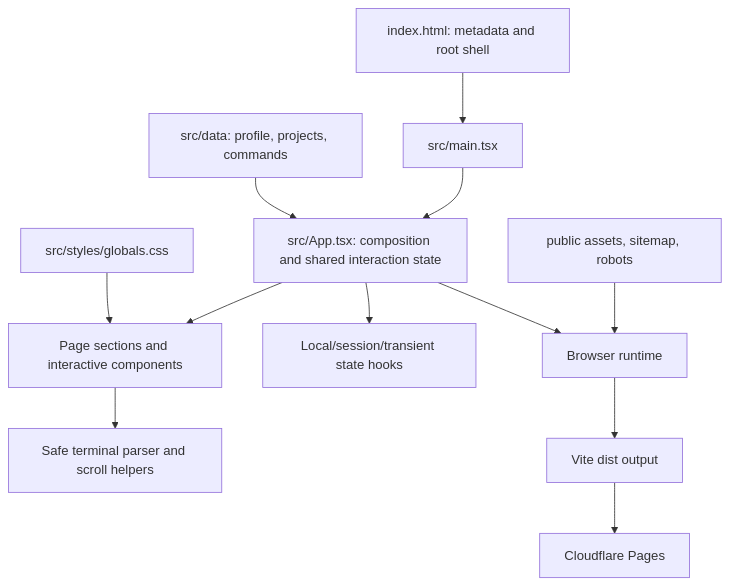
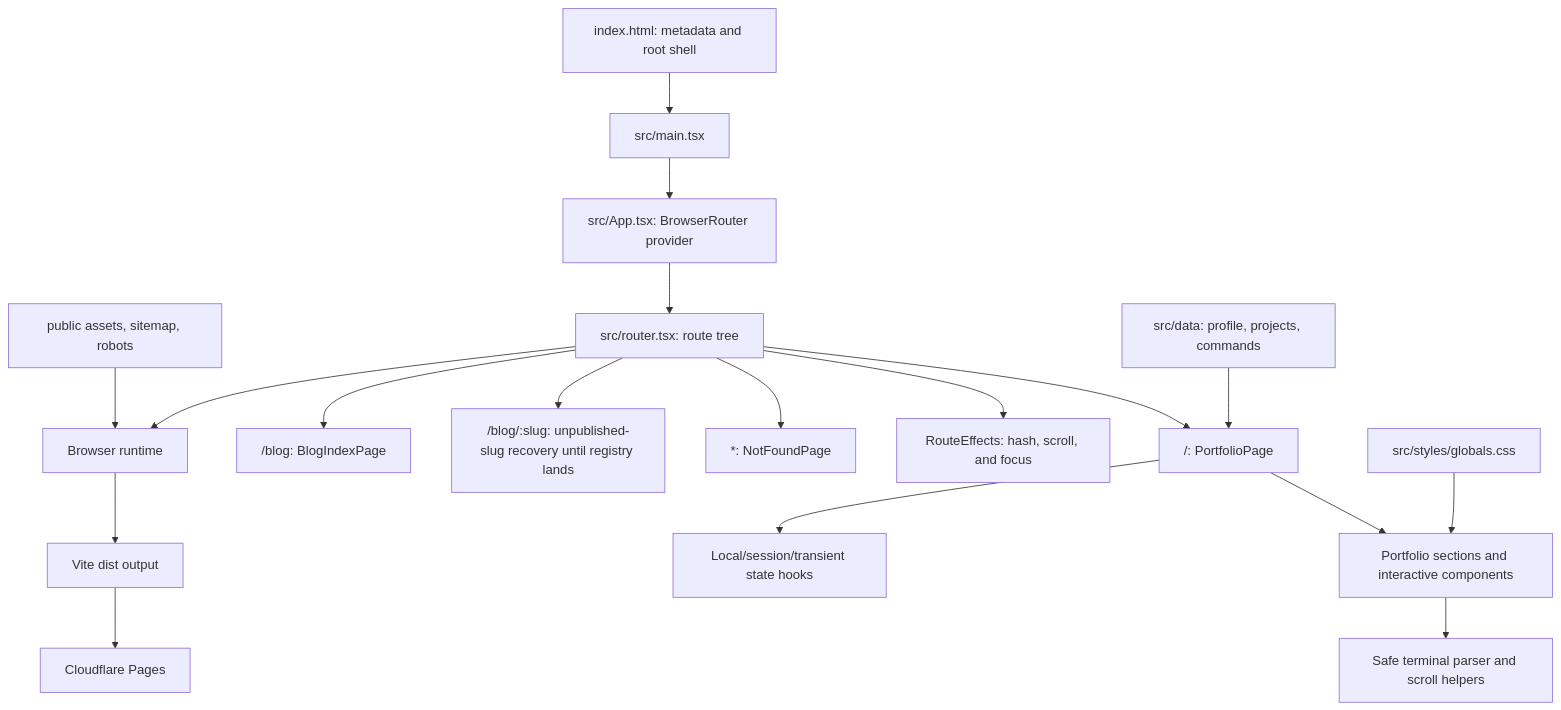
One commit to atrx07/atrx07-portfolio changed the first of 5 diagrams in ARCHITECTURE.md. Above: the diagram before and after it, drawn with Mermaid. The commit also changed other lines of this file and 22 other files, not shown here.

````diff
--- a/ARCHITECTURE.md
+++ b/ARCHITECTURE.md
@@ -13,14 +15,20 @@
 ```mermaid
 flowchart TD
   html["index.html: metadata and root shell"] --> entry["src/main.tsx"]
-  entry --> app["src/App.tsx: composition and shared interaction state"]
-  data["src/data: profile, projects, commands"] --> app
-  app --> sections["Page sections and interactive components"]
-  app --> hooks["Local/session/transient state hooks"]
+  entry --> app["src/App.tsx: BrowserRouter provider"]
+  app --> router["src/router.tsx: route tree"]
+  router --> portfolio["/: PortfolioPage"]
+  router --> blog["/blog: BlogIndexPage"]
+  router --> post["/blog/:slug: unpublished-slug recovery until registry lands"]
+  router --> missing["*: NotFoundPage"]
+  data["src/data: profile, projects, commands"] --> portfolio
+  portfolio --> sections["Portfolio sections and interactive components"]
+  portfolio --> hooks["Local/session/transient state hooks"]
+  router --> effects["RouteEffects: hash, scroll, and focus"]
   sections --> engine["Safe terminal parser and scroll helpers"]
   styles["src/styles/globals.css"] --> sections
   assets["public assets, sitemap, robots"] --> browser["Browser runtime"]
-  app --> browser
+  router --> browser
   browser --> build["Vite dist output"]
   build --> pages["Cloudflare Pages"]
 ```
````
